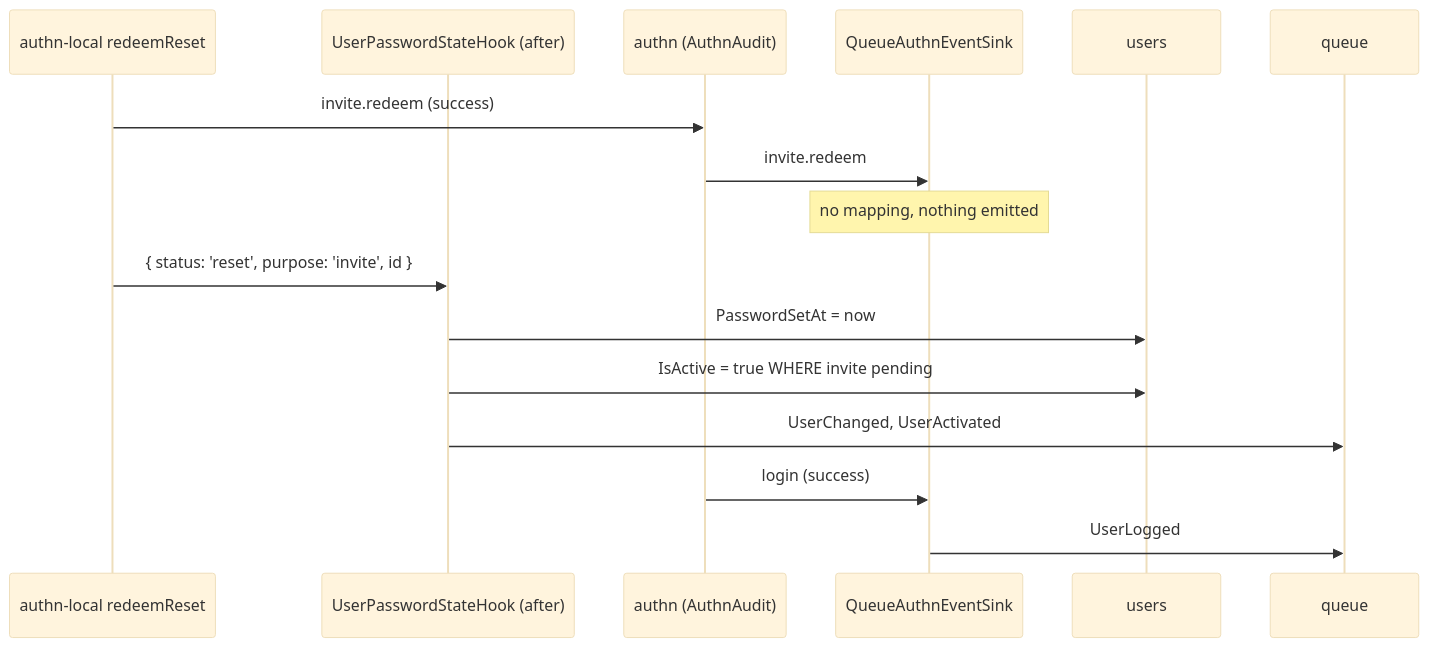
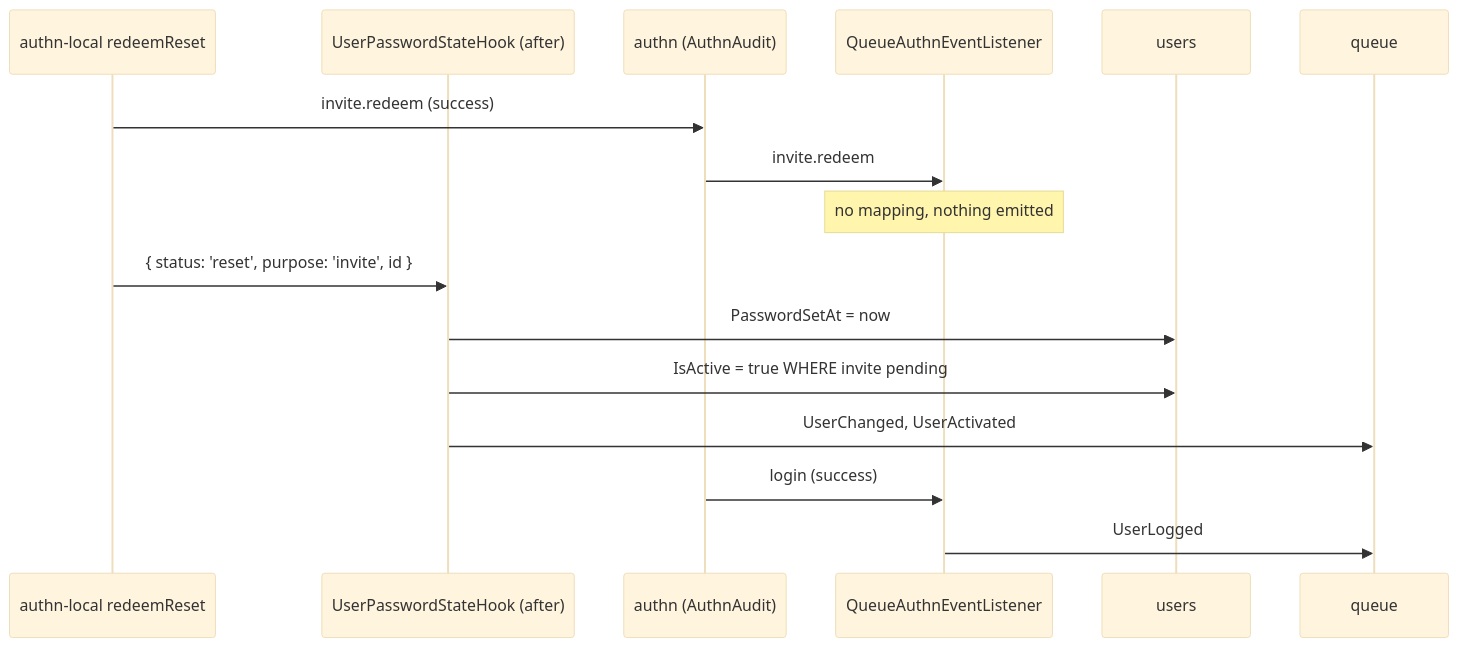
Before and after one commit to spinajs/main: the diagram in docs/users/08-authn-event-sinks.md, drawn with Mermaid (base theme). The commit also changed other lines of this file and 42 other files, not shown here.

First line of the commit message:
refactor(authn-http, authz-http, users)!: reacting sinks become AuthnEventListeners

````diff
--- a/docs/users/08-authn-event-sinks.md
+++ b/docs/users/08-authn-event-sinks.md
@@ -24,18 +25,18 @@
 ```mermaid
 sequenceDiagram
   participant L as authn-local redeemReset
   participant H as UserPasswordStateHook (after)
   participant A as authn (AuthnAudit)
-  participant Q as QueueAuthnEventSink
+  participant Q as QueueAuthnEventListener
   participant DB as users
   participant E as queue
   L->>A: invite.redeem (success)
   A->>Q: invite.redeem
   Note over Q: no mapping, nothing emitted
   L->>H: { status: 'reset', purpose: 'invite', id }
   H->>DB: PasswordSetAt = now
   H->>DB: IsActive = true WHERE invite pending
   H->>E: UserChanged, UserActivated
   A->>Q: login (success)
   Q->>E: UserLogged
 ```
````
